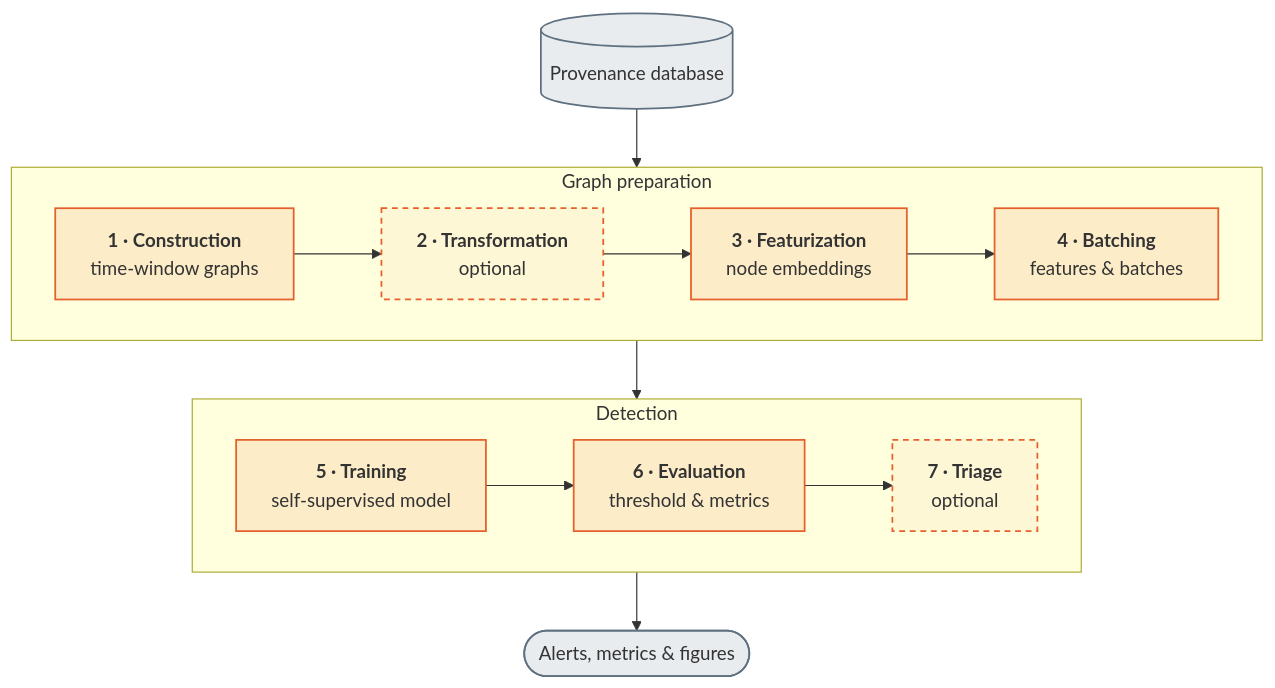
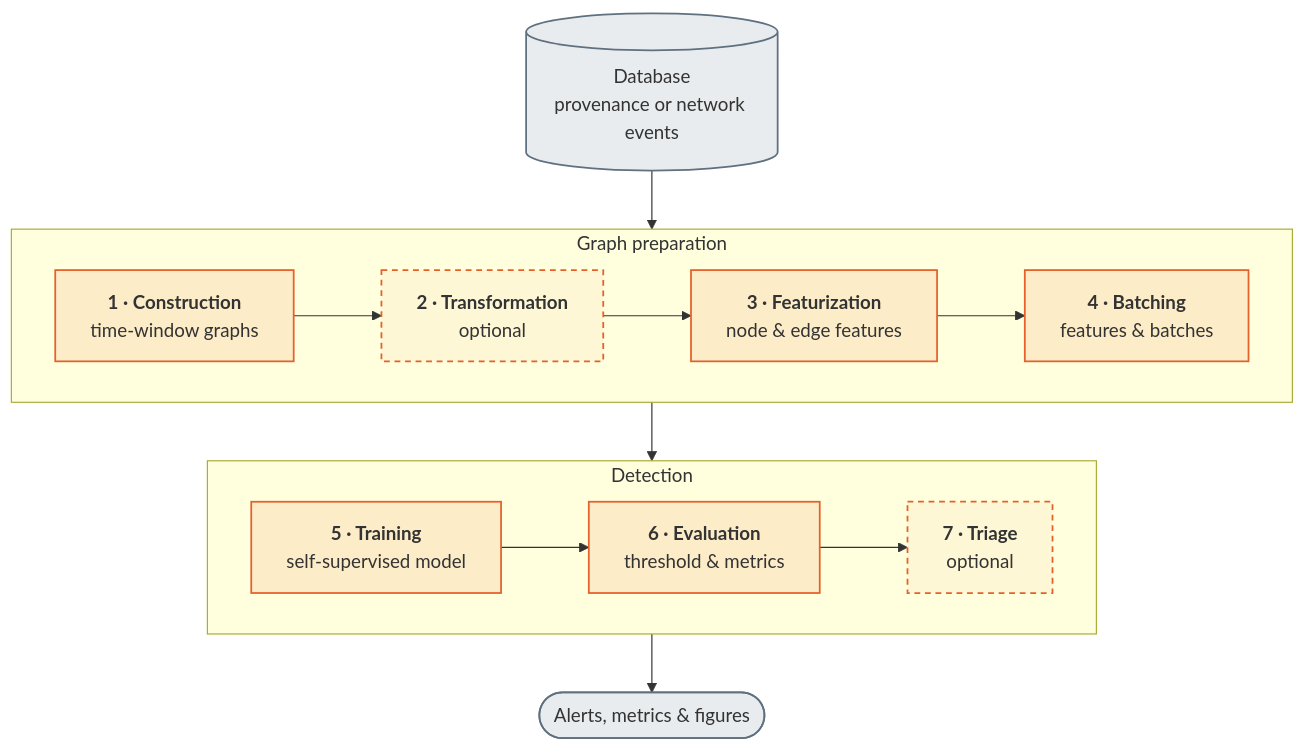
Before and after one commit to ubc-provenance/PIDSMaker: the first of 2 diagrams in docs/docs/guide/pipeline.md, drawn with Mermaid. The commit also changed other lines of this file and 12 other files, not shown here.

First line of the commit message:
Present provenance and network detection side by side in the user guide

````diff
--- a/docs/docs/guide/pipeline.md
+++ b/docs/docs/guide/pipeline.md
@@ -11,21 +11,21 @@
 ```mermaid
 flowchart TB
-    db[("Provenance database")] --> prep
+    db[("Database<br/>provenance or network events")] --> prep
     subgraph prep ["Graph preparation"]
         direction LR
-        C["<b>1#160;·#160;Construction</b><br/>time-window graphs"] --> T["<b>2#160;·#160;Transformation</b><br/>optional"] --> F["<b>3#160;·#160;Featurization</b><br/>node embeddings"] --> B["<b>4#160;·#160;Batching</b><br/>features & batches"]
+        C["<b>1#160;·#160;Construction</b><br/>time-window graphs"] --> T["<b>2#160;·#160;Transformation</b><br/>optional"] --> F["<b>3#160;·#160;Featurization</b><br/>node & edge features"] --> B["<b>4#160;·#160;Batching</b><br/>features & batches"]
     end
     prep --> det
     subgraph det ["Detection"]
         direction LR
         TR["<b>5#160;·#160;Training</b><br/>self-supervised model"] --> E["<b>6#160;·#160;Evaluation</b><br/>threshold & metrics"] --> TG["<b>7#160;·#160;Triage</b><br/>optional"]
     end
     det --> out(["Alerts, metrics & figures"])
 
     classDef stage fill:#e5602a1f,stroke:#e5602a,stroke-width:1.5px;
     classDef optional fill:#e5602a0d,stroke:#e5602a,stroke-width:1.5px,stroke-dasharray:5 4;
     classDef io fill:#5f708022,stroke:#5f7080,stroke-width:1.5px;
     class C,F,B,TR,E stage;
     class T,TG optional;
     class db,out io;
 ```
````
